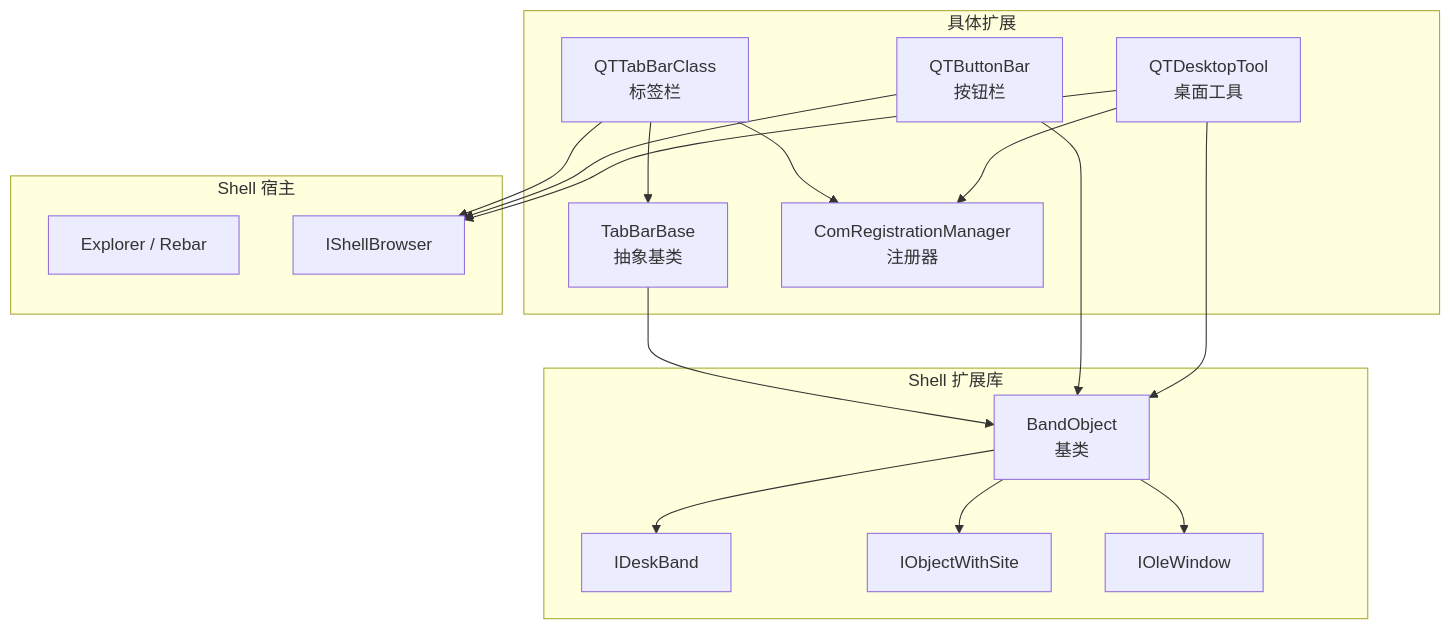
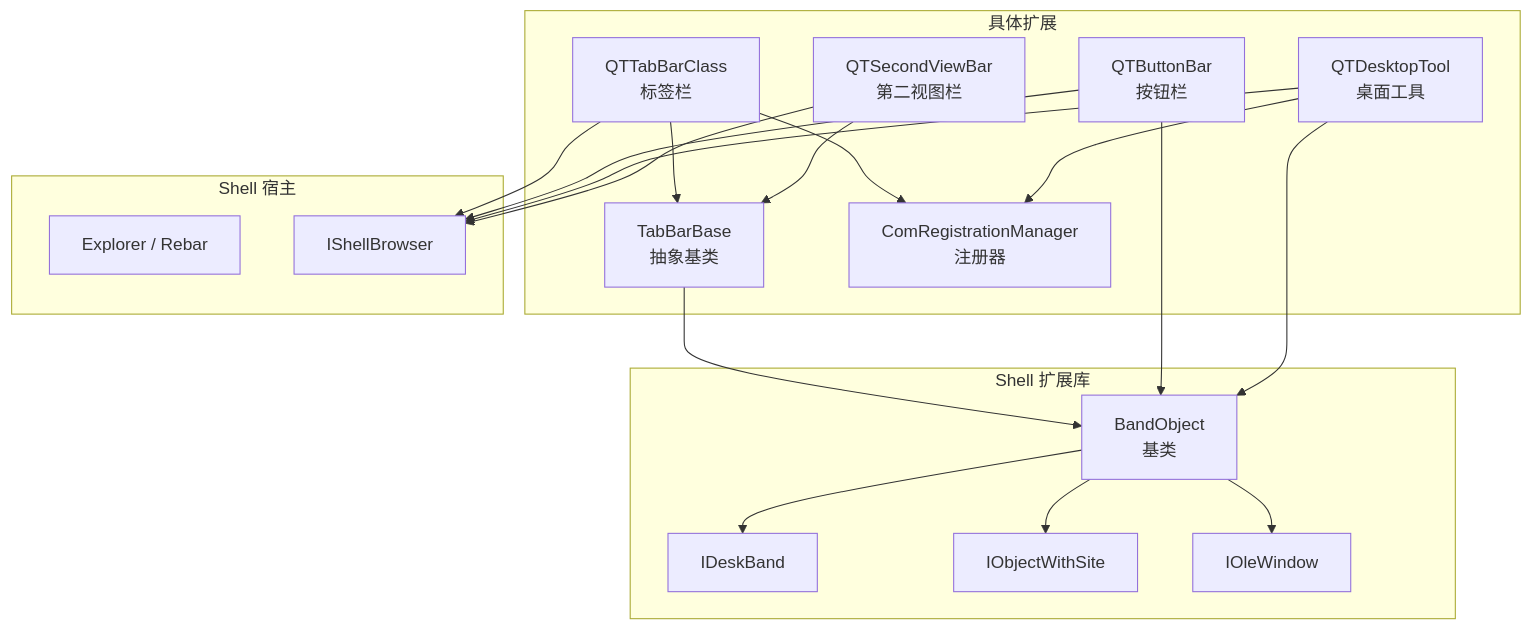
One commit to rainiva/QTTabBar-Next changed the first of 7 diagrams in .qoder/repowiki/zh/content/架构设计/Shell 扩展集成.md. Above: the diagram before and after it, drawn with Mermaid. The commit also changed other lines of this file and 415 other files, not shown here.

````diff
--- a/.qoder/repowiki/zh/content/架构设计/Shell 扩展集成.md
+++ b/.qoder/repowiki/zh/content/架构设计/Shell 扩展集成.md
@@ -38,32 +50,35 @@
 ```mermaid
 graph TB
 subgraph "Shell 扩展库"
 BO["BandObject<br/>基类"]
 IDB["IDeskBand"]
 IOWS["IObjectWithSite"]
 IOW["IOleWindow"]
 end
 subgraph "具体扩展"
 TBB["TabBarBase<br/>抽象基类"]
 QTB["QTTabBarClass<br/>标签栏"]
 QTTB["QTButtonBar<br/>按钮栏"]
 QDT["QTDesktopTool<br/>桌面工具"]
+QSVB["QTSecondViewBar<br/>第二视图栏"]
 CRM["ComRegistrationManager<br/>注册器"]
 end
 subgraph "Shell 宿主"
 EXP["Explorer / Rebar"]
 SB["IShellBrowser"]
 end
 BO --> IDB
 BO --> IOWS
 BO --> IOW
 TBB --> BO
 QTB --> TBB
 QTTB --> BO
 QDT --> BO
+QSVB --> TBB
 QTB --> SB
 QTTB --> SB
 QDT --> SB
+QSVB --> SB
 QTB --> CRM
 QDT --> CRM
 ```
````
